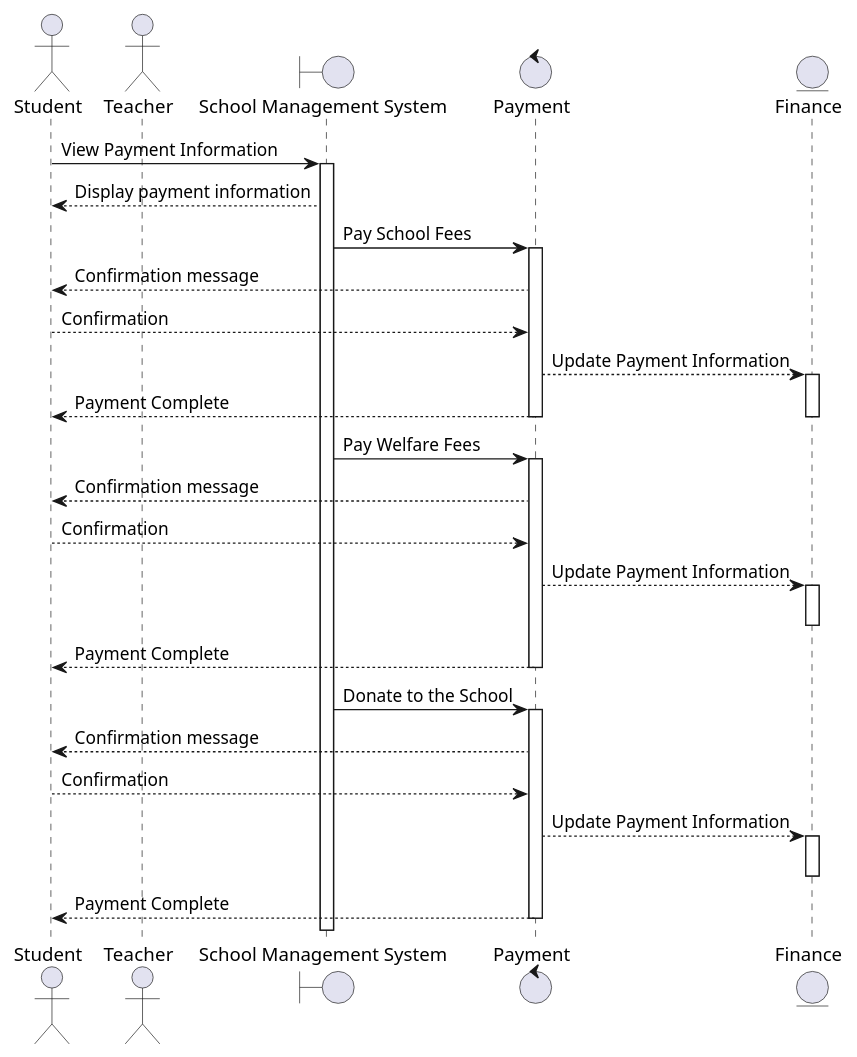
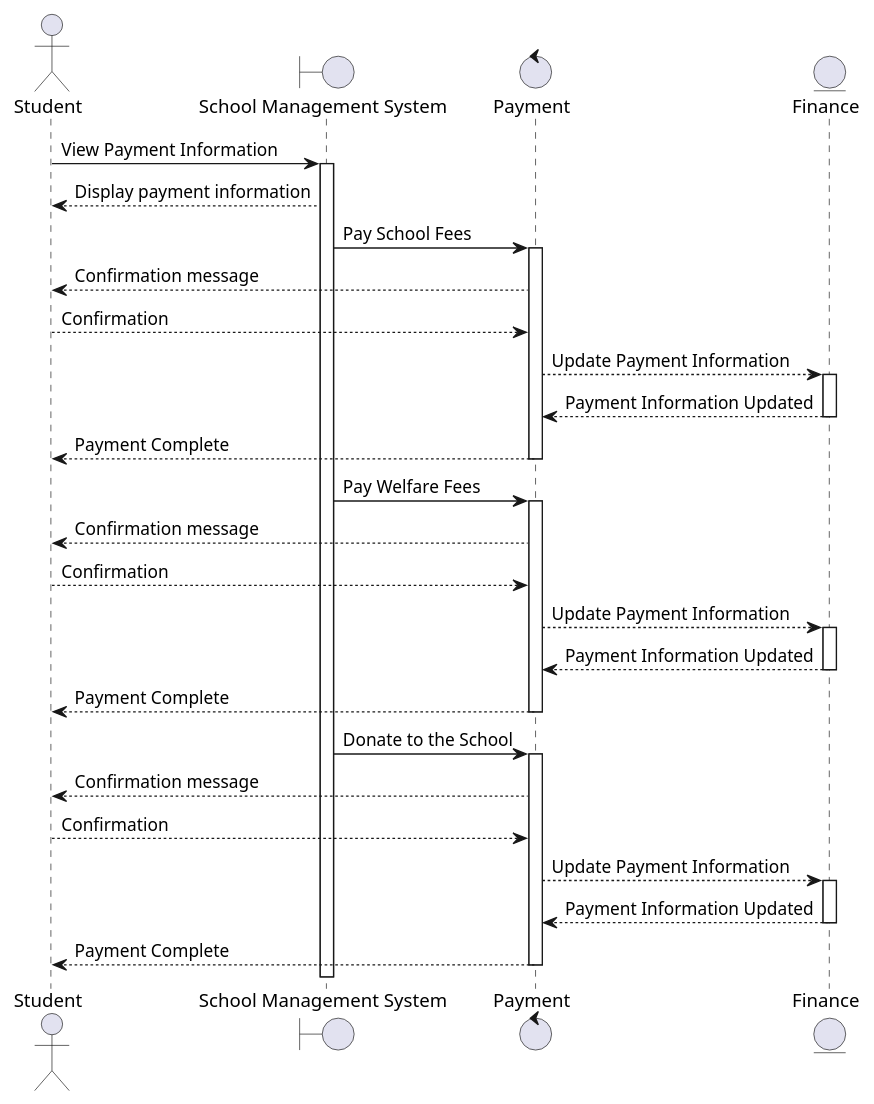
The diagram in diagrams/School Management System Sequence Diagram.puml (AdithyaSean/School-Management-System), drawn with PlantUML before and after one commit.

Commit message:
modified:   diagrams/School Management System Sequence Diagram.puml

```diff
--- a/diagrams/School Management System Sequence Diagram.puml
+++ b/diagrams/School Management System Sequence Diagram.puml
@@ -1,42 +1,44 @@
 @startuml School Management System
 
 actor Student
-actor Teacher
 boundary "School Management System" as SchoolManagementSystem
 control Payment
 entity Finance
 
 Student -> SchoolManagementSystem: View Payment Information
 activate SchoolManagementSystem
 SchoolManagementSystem --> Student: Display payment information
 SchoolManagementSystem -> Payment: Pay School Fees
 activate Payment
 Payment --> Student: Confirmation message
 Student --> Payment: Confirmation
 Payment --> Finance: Update Payment Information
 activate Finance
+Finance --> Payment: Payment Information Updated
+deactivate Finance
 Payment --> Student: Payment Complete
 deactivate Payment
-deactivate Finance
 
 SchoolManagementSystem -> Payment: Pay Welfare Fees
 activate Payment
 Payment --> Student: Confirmation message
 Student --> Payment: Confirmation
 Payment --> Finance: Update Payment Information
 activate Finance
+Finance --> Payment: Payment Information Updated
 deactivate Finance
 Payment --> Student: Payment Complete
 deactivate Payment
 
 SchoolManagementSystem -> Payment: Donate to the School
 activate Payment
 Payment --> Student: Confirmation message
 Student --> Payment: Confirmation
 Payment --> Finance: Update Payment Information
 activate Finance
+Finance --> Payment: Payment Information Updated
 deactivate Finance
 Payment --> Student: Payment Complete
 deactivate Payment
 
 @enduml
```
